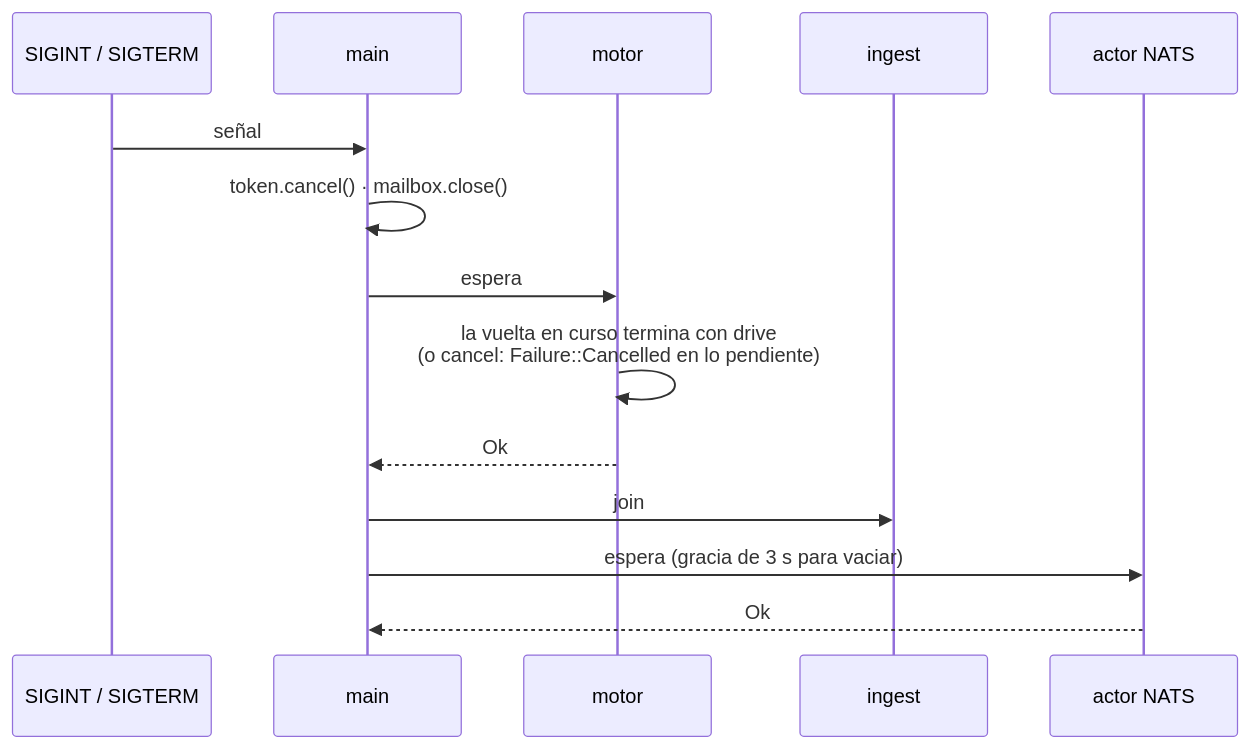
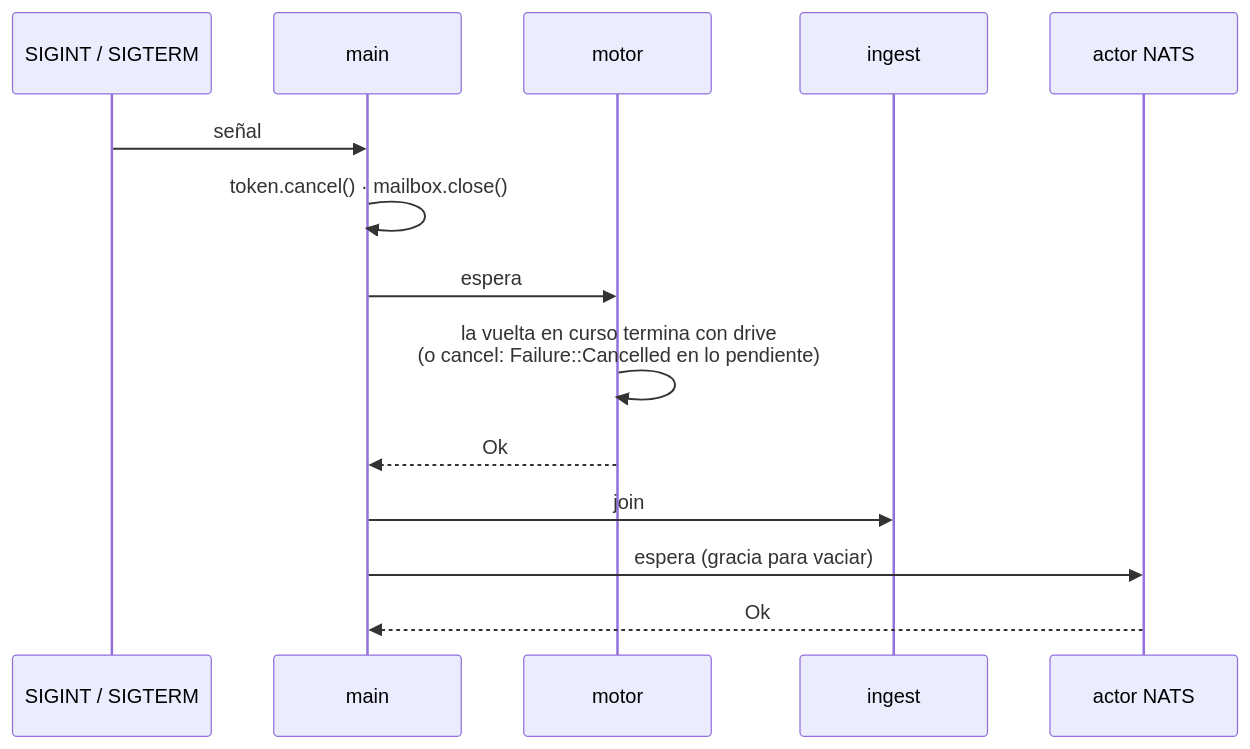
One commit to e7canasta/calipso-detector changed the sixth of 9 diagrams in arquitectura-c4.md. Above: the diagram before and after it, drawn with Mermaid. The commit also changed other lines of this file and 2 other files, not shown here.

````diff
--- a/arquitectura-c4.md
+++ b/arquitectura-c4.md
@@ -274,17 +366,17 @@
 ```mermaid
 sequenceDiagram
     participant OS as SIGINT / SIGTERM
     participant M as main
     participant E as motor
     participant I as ingest
     participant A as actor NATS
 
     OS->>M: señal
     M->>M: token.cancel() · mailbox.close()
     M->>E: espera
     E->>E: la vuelta en curso termina con drive<br/>(o cancel: Failure::Cancelled en lo pendiente)
     E-->>M: Ok
     M->>I: join
-    M->>A: espera (gracia de 3 s para vaciar)
+    M->>A: espera (gracia para vaciar)
     A-->>M: Ok
 ```
````
